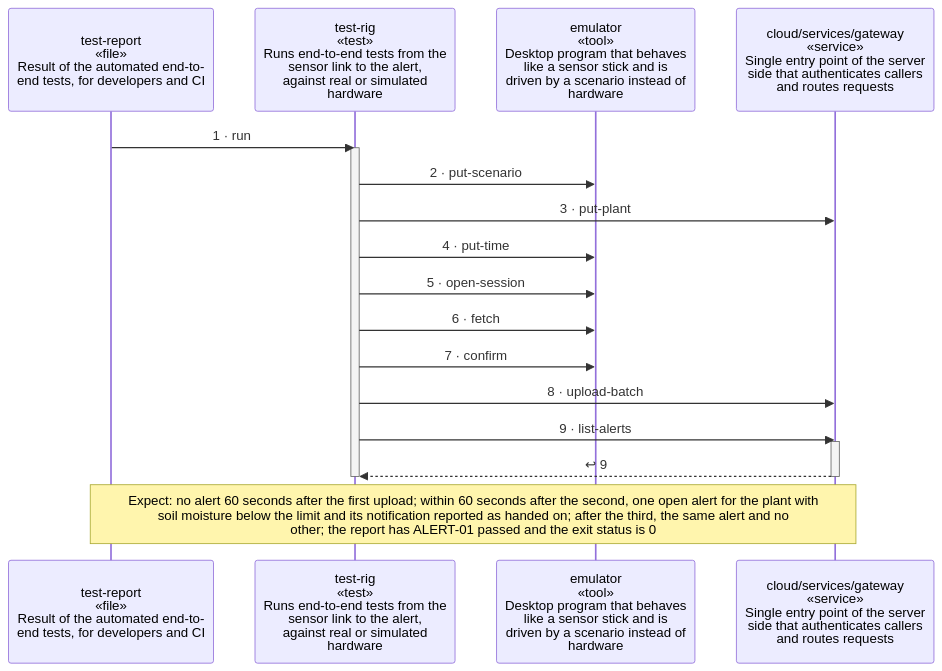
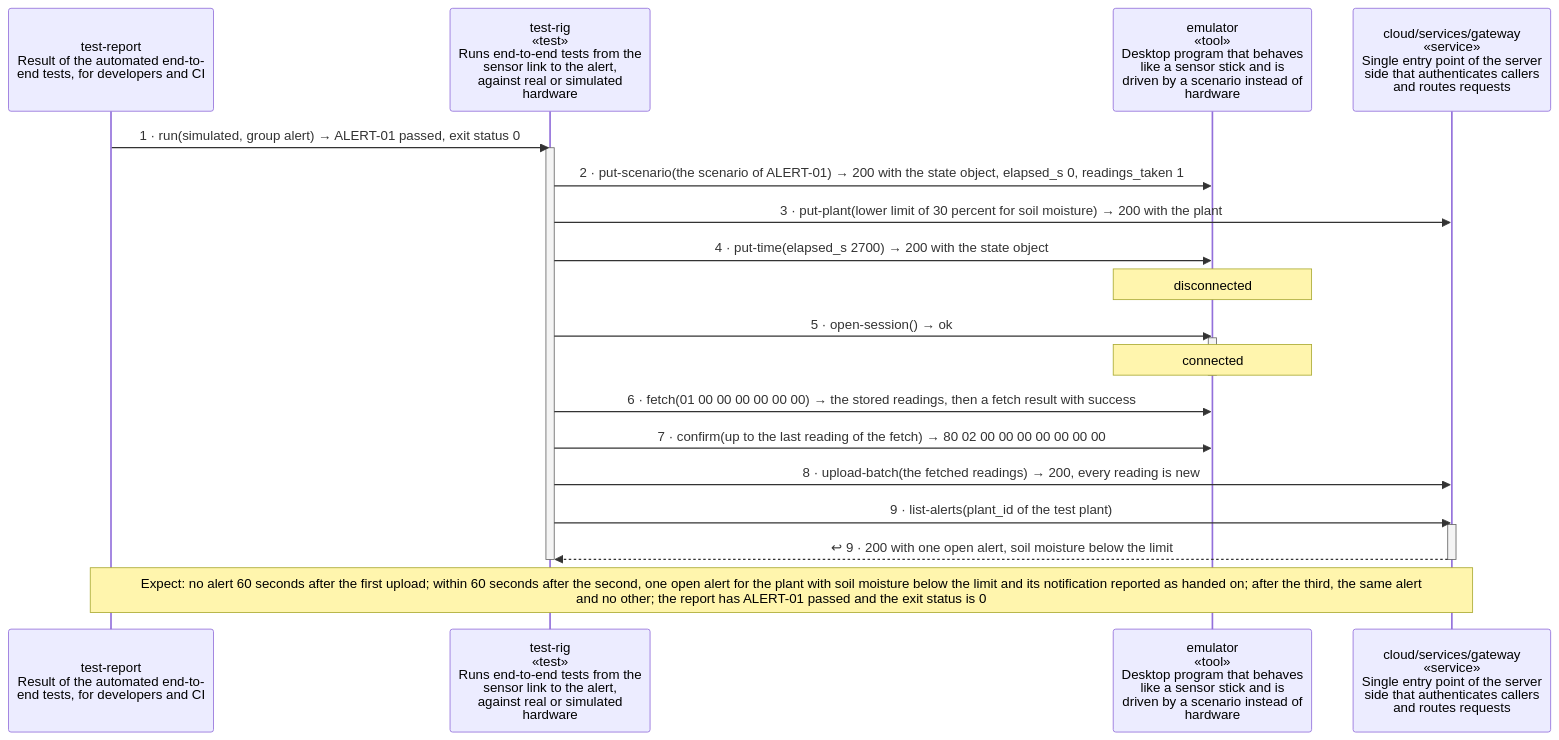
Before and after one commit to wackazong/unifold: the diagram in examples/plantwatch/docs/diagrams/scenario-end-to-end-alert-test.md, drawn with Mermaid. The commit also changed other lines of this file and 213 other files, not shown here.

````diff
--- a/examples/plantwatch/docs/diagrams/scenario-end-to-end-alert-test.md
+++ b/examples/plantwatch/docs/diagrams/scenario-end-to-end-alert-test.md
@@ -12,27 +12,31 @@
 ```mermaid
 ---
 config:
   sequence:
     height: 124
 ---
 sequenceDiagram
-  participant ptest_dreport as test-report<br/>«file»<br/>Result of the automated end-to-<br/>end tests, for developers and CI
+  participant ptest_dreport as test-report<br/>Result of the automated end-to-<br/>end tests, for developers and CI
   participant ptest_drig as test-rig<br/>«test»<br/>Runs end-to-end tests from the<br/>sensor link to the alert,<br/>against real or simulated<br/>hardware
   participant pemulator as emulator<br/>«tool»<br/>Desktop program that behaves<br/>like a sensor stick and is<br/>driven by a scenario instead of<br/>hardware
   participant pcloud__services__gateway as cloud/services/gateway<br/>«service»<br/>Single entry point of the server<br/>side that authenticates callers<br/>and routes requests
-  ptest_dreport->>ptest_drig: 1 · run
+  ptest_dreport->>ptest_drig: 1 · run(simulated, group alert) → ALERT-01 passed, exit status 0
   activate ptest_drig
-  ptest_drig->>pemulator: 2 · put-scenario
-  ptest_drig->>pcloud__services__gateway: 3 · put-plant
-  ptest_drig->>pemulator: 4 · put-time
-  ptest_drig->>pemulator: 5 · open-session
-  ptest_drig->>pemulator: 6 · fetch
-  ptest_drig->>pemulator: 7 · confirm
-  ptest_drig->>pcloud__services__gateway: 8 · upload-batch
-  ptest_drig->>pcloud__services__gateway: 9 · list-alerts
+  ptest_drig->>pemulator: 2 · put-scenario(the scenario of ALERT-01) → 200 with the state object, elapsed_s 0, readings_taken 1
+  ptest_drig->>pcloud__services__gateway: 3 · put-plant(lower limit of 30 percent for soil moisture) → 200 with the plant
+  ptest_drig->>pemulator: 4 · put-time(elapsed_s 2700) → 200 with the state object
+  Note over pemulator: disconnected
+  ptest_drig->>pemulator: 5 · open-session() → ok
+  activate pemulator
+  Note over pemulator: connected
+  deactivate pemulator
+  ptest_drig->>pemulator: 6 · fetch(01 00 00 00 00 00 00) → the stored readings, then a fetch result with success
+  ptest_drig->>pemulator: 7 · confirm(up to the last reading of the fetch) → 80 02 00 00 00 00 00 00 00
+  ptest_drig->>pcloud__services__gateway: 8 · upload-batch(the fetched readings) → 200, every reading is new
+  ptest_drig->>pcloud__services__gateway: 9 · list-alerts(plant_id of the test plant)
   activate pcloud__services__gateway
-  pcloud__services__gateway-->>ptest_drig: ↩ 9
+  pcloud__services__gateway-->>ptest_drig: ↩ 9 · 200 with one open alert, soil moisture below the limit
   deactivate pcloud__services__gateway
   deactivate ptest_drig
   Note over ptest_dreport,pcloud__services__gateway: wrap: Expect: no alert 60 seconds after the first upload#59; within 60 seconds after the second, one open alert for the plant with soil moisture below the limit and its notification reported as handed on#59; after the third, the same alert and no other#59; the report has ALERT-01 passed and the exit status is 0
 ```
````
